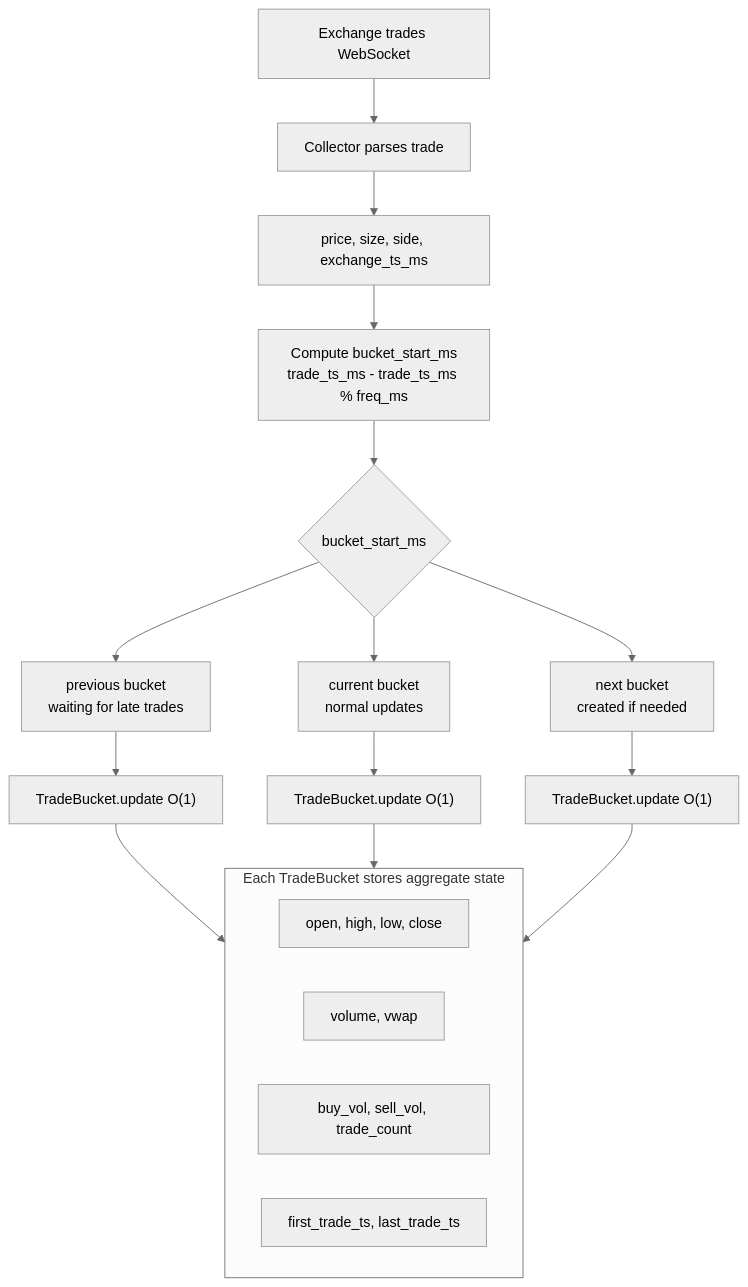
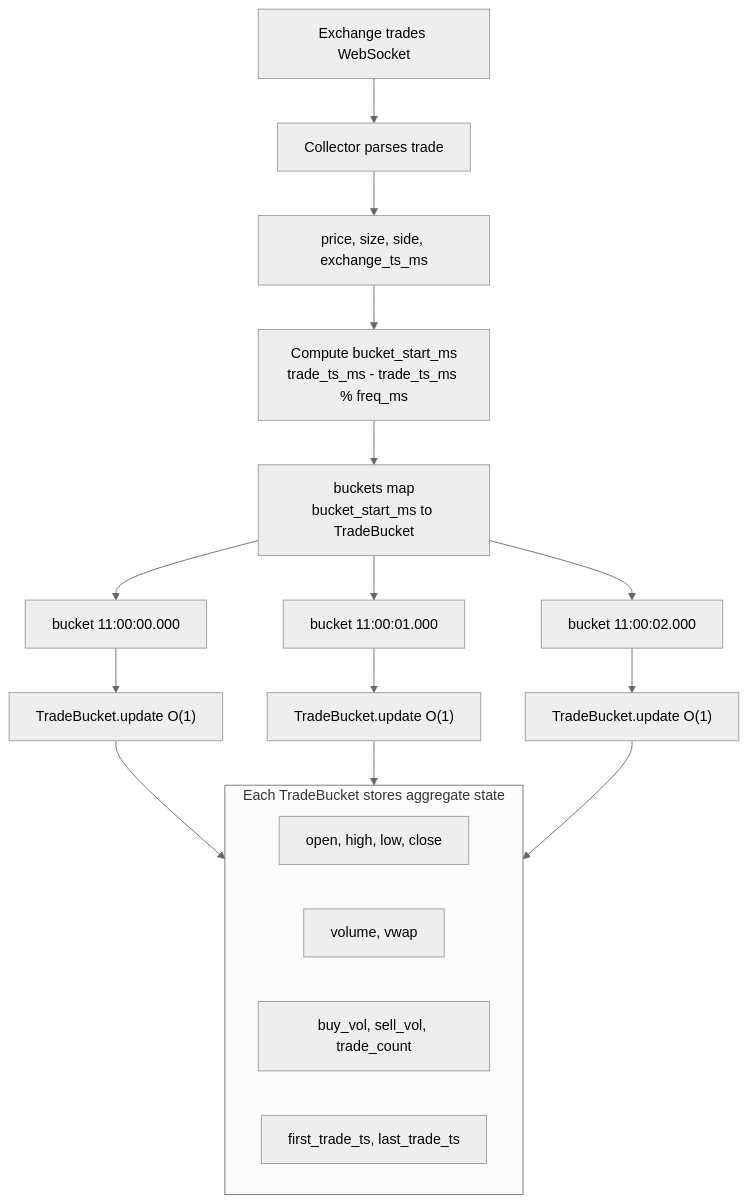
The second of 6 diagrams in docs/20260526/exchange_time_trades_aggregation_allowed_lateness.md (tiandiao123/FactorEngine), drawn with Mermaid (neutral theme) before and after one commit. The commit also changed other lines of this file, not shown here.

Commit message:
Clarify exchange-time bucket lifecycle

````diff
--- a/docs/20260526/exchange_time_trades_aggregation_allowed_lateness.md
+++ b/docs/20260526/exchange_time_trades_aggregation_allowed_lateness.md
@@ -256,26 +256,26 @@
 ```mermaid
 flowchart TB
     WS["Exchange trades WebSocket"] --> C["Collector parses trade"]
     C --> T["price, size, side, exchange_ts_ms"]
     T --> K["Compute bucket_start_ms<br>trade_ts_ms - trade_ts_ms % freq_ms"]
-    K --> M{"bucket_start_ms"}
+    K --> M["buckets map<br>bucket_start_ms to TradeBucket"]
 
-    M --> P["previous bucket<br>waiting for late trades"]
-    M --> C1["current bucket<br>normal updates"]
-    M --> N["next bucket<br>created if needed"]
+    M --> B0["bucket 11:00:00.000"]
+    M --> B1["bucket 11:00:01.000"]
+    M --> B2["bucket 11:00:02.000"]
 
-    P --> U1["TradeBucket.update O(1)"]
-    C1 --> U2["TradeBucket.update O(1)"]
-    N --> U3["TradeBucket.update O(1)"]
+    B0 --> U0["TradeBucket.update O(1)"]
+    B1 --> U1["TradeBucket.update O(1)"]
+    B2 --> U2["TradeBucket.update O(1)"]
 
     subgraph BucketState["Each TradeBucket stores aggregate state"]
         O["open, high, low, close"]
         V["volume, vwap"]
         BV["buy_vol, sell_vol, trade_count"]
         TS["first_trade_ts, last_trade_ts"]
     end
 
+    U0 --> BucketState
     U1 --> BucketState
     U2 --> BucketState
-    U3 --> BucketState
 ```
````
